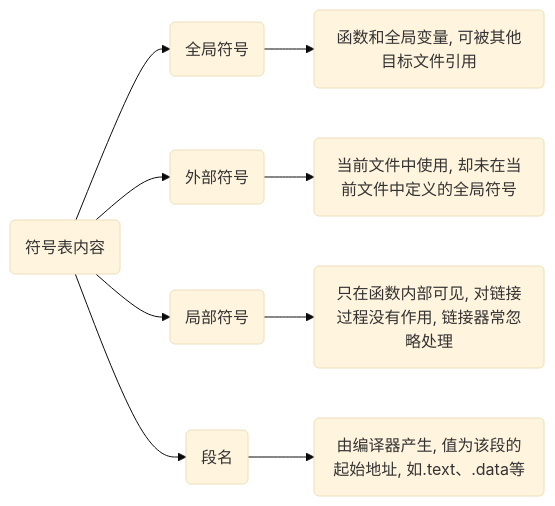
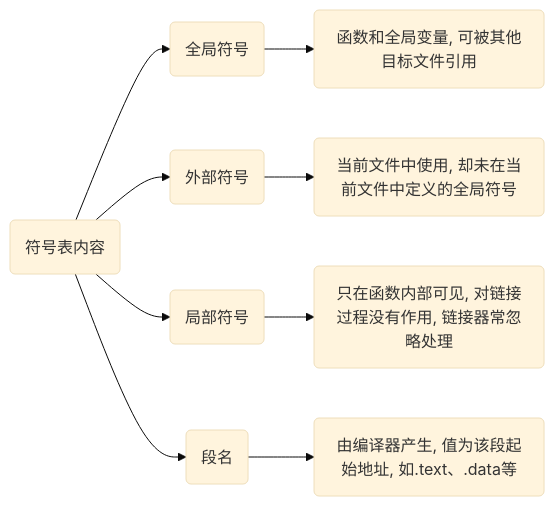
The fourth of 6 diagrams in _posts/Language/C_C++/Compile/2021-06-15-编译过程.md (dmjcb/dmjcb.github.io), drawn with Mermaid (base theme) before and after one commit. The commit also changed other lines of this file and 26 other files, not shown here.

````diff
--- a/_posts/Language/C_C++/Compile/2021-06-15-编译过程.md
+++ b/_posts/Language/C_C++/Compile/2021-06-15-编译过程.md
@@ -357,8 +357,8 @@
 ```mermaid
 graph LR;
     A(符号表内容)
     A --> B(全局符号) --> B1(函数和全局变量, 可被其他目标文件引用)
     A --> C(外部符号) --> C1(当前文件中使用, 却未在当前文件中定义的全局符号)
     A --> D(局部符号) --> D1(只在函数内部可见, 对链接过程没有作用, 链接器常忽略处理)
-    A --> E(段名) --> E1(由编译器产生, 值为该段的起始地址, 如.text、.data等)
+    A --> E(段名) --> E1(由编译器产生, 值为该段起始地址, 如.text、.data等)
 ```
````
